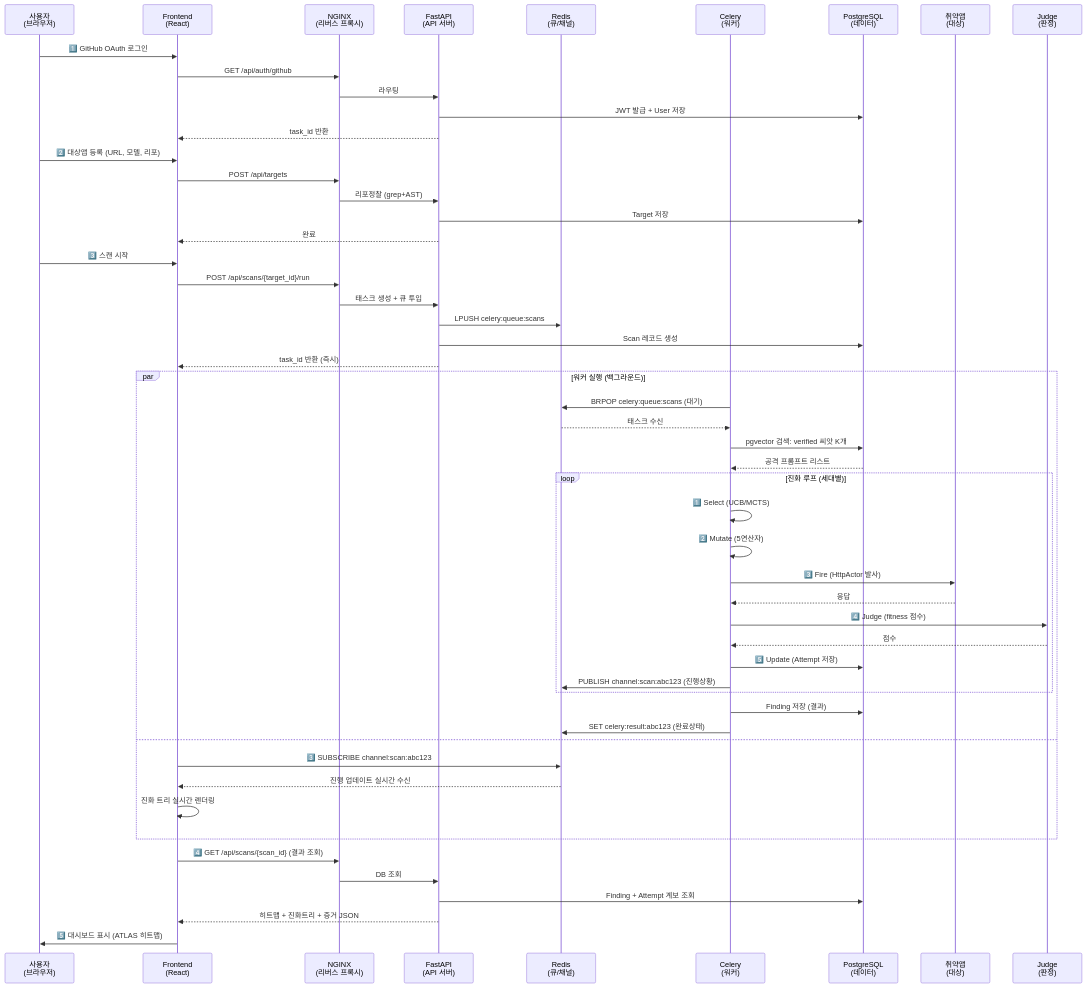
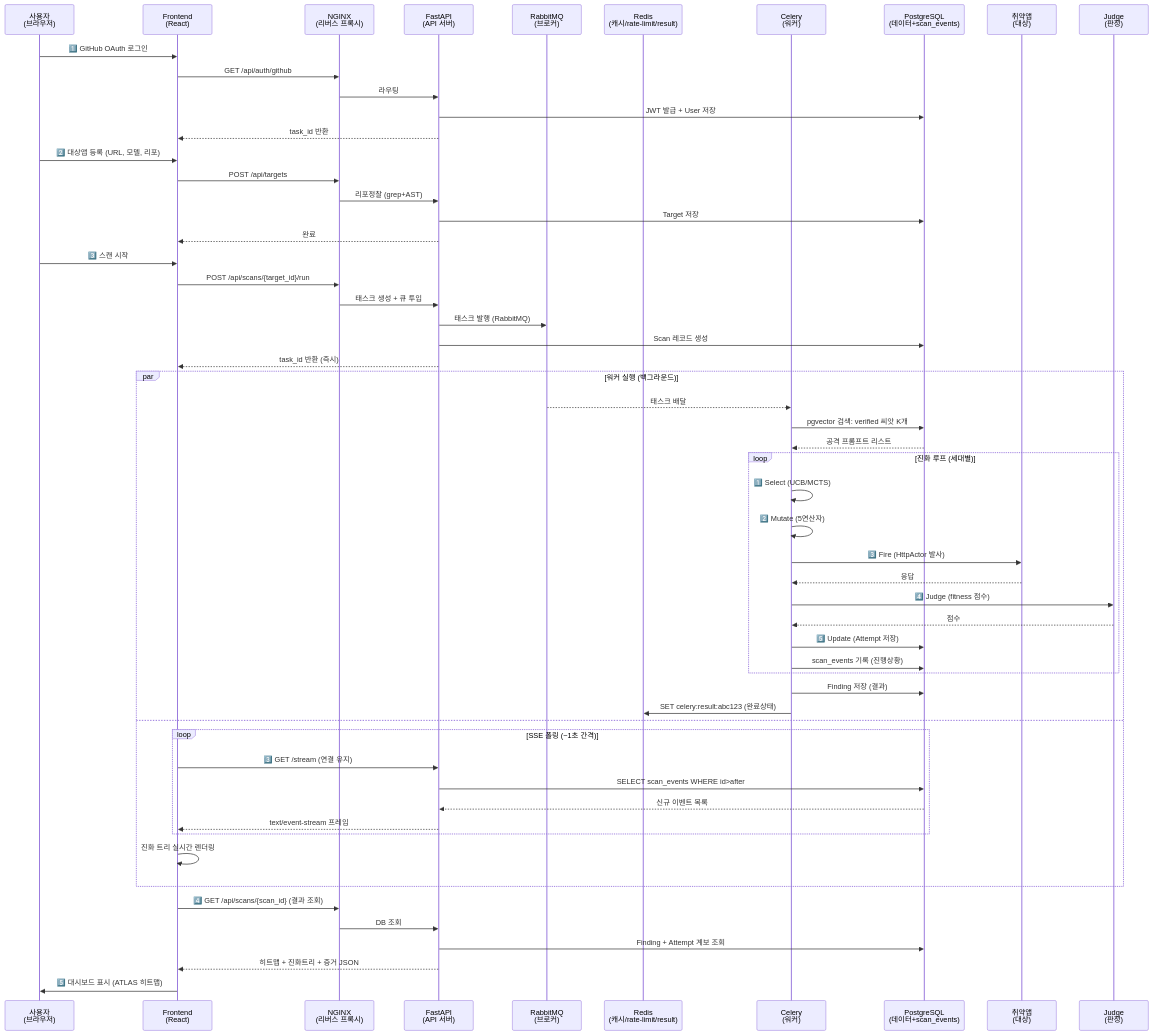
The first of 3 diagrams in docs/ARCHITECTURE.md (2026-Techeer-Summer-Bootcamp-Team-F/backend), drawn with Mermaid before and after one commit. The commit also changed other lines of this file and 6 other files, not shown here.

First line of the commit message:
docs: 2026-07-10 아키텍처 변경 반영 (RabbitMQ 브로커·Redis 3역할·DB폴링 SSE) (#53)

````diff
--- a/docs/ARCHITECTURE.md
+++ b/docs/ARCHITECTURE.md
@@ -92,62 +97,66 @@
 ```mermaid
 sequenceDiagram
     participant User as 사용자<br/>(브라우저)
     participant Front as Frontend<br/>(React)
     participant NGINX as NGINX<br/>(리버스 프록시)
     participant API as FastAPI<br/>(API 서버)
-    participant Redis as Redis<br/>(큐/채널)
+    participant MQ as RabbitMQ<br/>(브로커)
+    participant Redis as Redis<br/>(캐시/rate-limit/result)
     participant Worker as Celery<br/>(워커)
-    participant DB as PostgreSQL<br/>(데이터)
+    participant DB as PostgreSQL<br/>(데이터+scan_events)
     participant Target as 취약앱<br/>(대상)
     participant Judge as Judge<br/>(판정)
 
     User->>Front: 1️⃣ GitHub OAuth 로그인
     Front->>NGINX: GET /api/auth/github
     NGINX->>API: 라우팅
     API->>DB: JWT 발급 + User 저장
     API-->>Front: task_id 반환
 
     User->>Front: 2️⃣ 대상앱 등록 (URL, 모델, 리포)
     Front->>NGINX: POST /api/targets
     NGINX->>API: 리포정찰 (grep+AST)
     API->>DB: Target 저장
     API-->>Front: 완료
 
     User->>Front: 3️⃣ 스캔 시작
     Front->>NGINX: POST /api/scans/{target_id}/run
     NGINX->>API: 태스크 생성 + 큐 투입
-    API->>Redis: LPUSH celery:queue:scans
+    API->>MQ: 태스크 발행 (RabbitMQ)
     API->>DB: Scan 레코드 생성
     API-->>Front: task_id 반환 (즉시)
 
     par 워커 실행 (백그라운드)
-        Worker->>Redis: BRPOP celery:queue:scans (대기)
-        Redis-->>Worker: 태스크 수신
+        MQ-->>Worker: 태스크 배달
         Worker->>DB: pgvector 검색: verified 씨앗 K개
         DB-->>Worker: 공격 프롬프트 리스트
         
         loop 진화 루프 (세대별)
             Worker->>Worker: 1️⃣ Select (UCB/MCTS)
             Worker->>Worker: 2️⃣ Mutate (5연산자)
             Worker->>Target: 3️⃣ Fire (HttpActor 발사)
             Target-->>Worker: 응답
             Worker->>Judge: 4️⃣ Judge (fitness 점수)
             Judge-->>Worker: 점수
             Worker->>DB: 5️⃣ Update (Attempt 저장)
-            Worker->>Redis: PUBLISH channel:scan:abc123 (진행상황)
+            Worker->>DB: scan_events 기록 (진행상황)
         end
 
         Worker->>DB: Finding 저장 (결과)
         Worker->>Redis: SET celery:result:abc123 (완료상태)
     and
-        Front->>Redis: 3️⃣ SUBSCRIBE channel:scan:abc123
-        Redis-->>Front: 진행 업데이트 실시간 수신
+        loop SSE 폴링 (~1초 간격)
+            Front->>API: 3️⃣ GET /stream (연결 유지)
+            API->>DB: SELECT scan_events WHERE id>after
+            DB-->>API: 신규 이벤트 목록
+            API-->>Front: text/event-stream 프레임
+        end
         Front->>Front: 진화 트리 실시간 렌더링
     end
 
     Front->>NGINX: 4️⃣ GET /api/scans/{scan_id} (결과 조회)
     NGINX->>API: DB 조회
     API->>DB: Finding + Attempt 계보 조회
     API-->>Front: 히트맵 + 진화트리 + 증거 JSON
     Front->>User: 5️⃣ 대시보드 표시 (ATLAS 히트맵)
 ```
````
